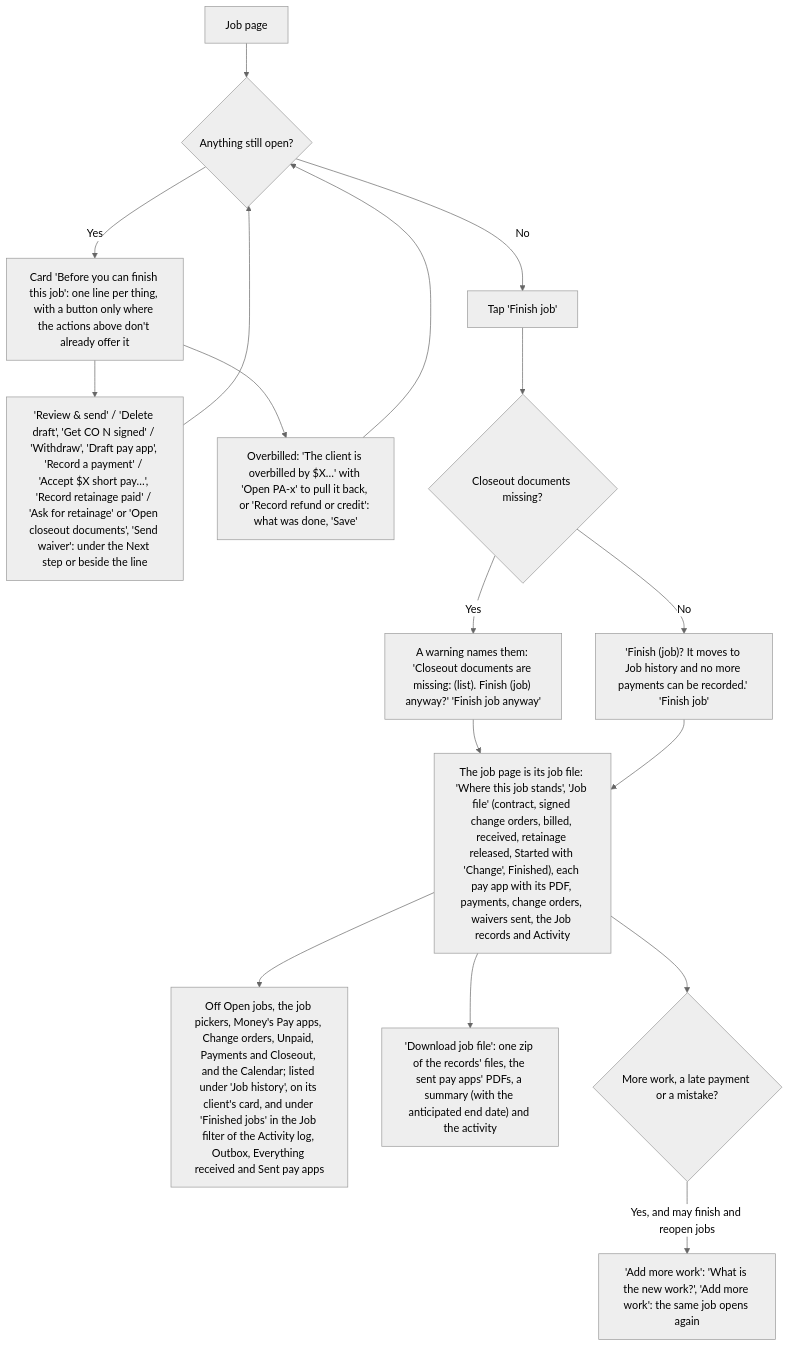
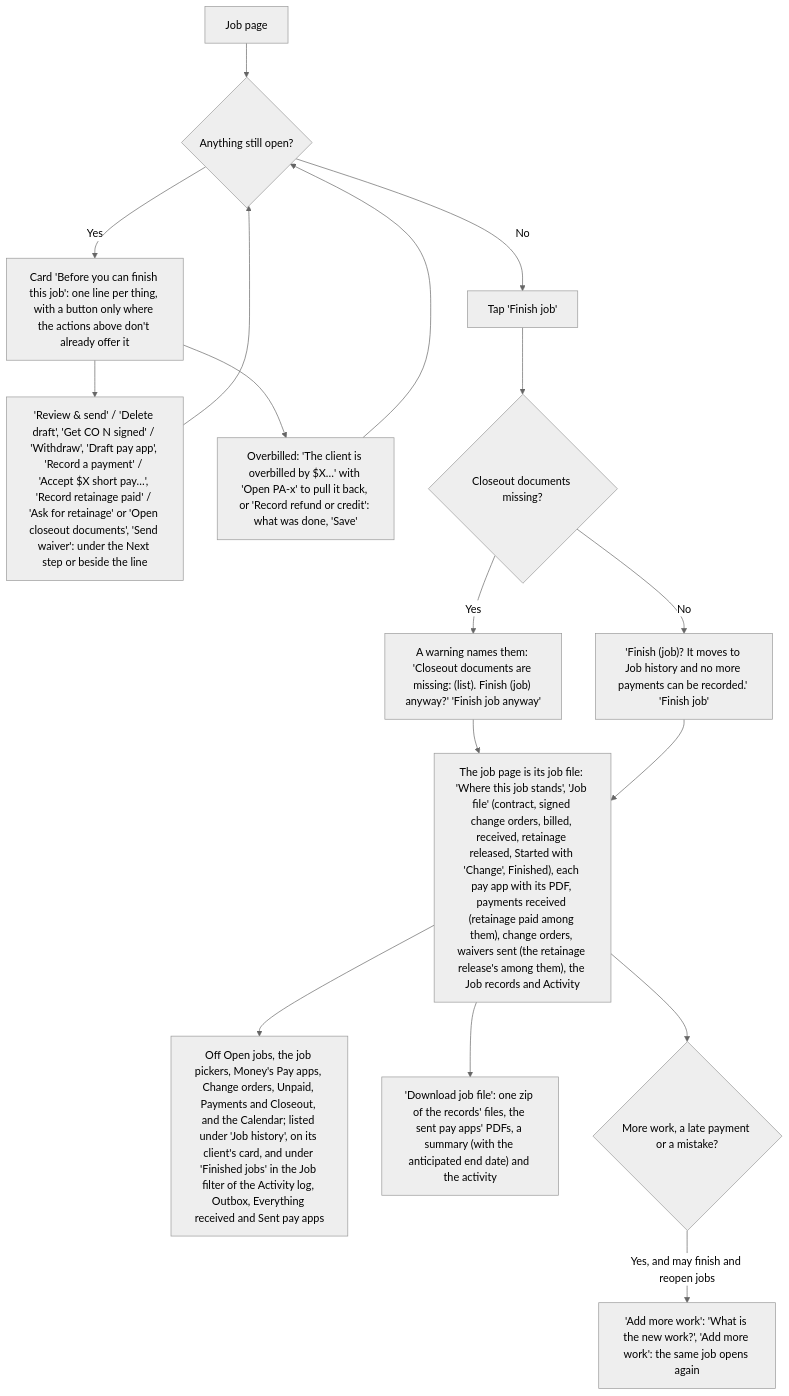
One commit to cartwrightstephen/billdable changed diagram 13 of 18 in docs/client-flows.md. Above: the diagram before and after it, drawn with Mermaid (neutral theme). The commit also changed other lines of this file and 1 other file, not shown here.

Commit message:
Docs for the Round 1 hunt and acceptance fixes: client-flows.md for each change, file:line references refreshed, helper answers for billing by dollars, the waiver tap, sending, the signed change order copy, retainage paid and New job record

````diff
--- a/docs/client-flows.md
+++ b/docs/client-flows.md
@@ -609,19 +613,19 @@
 ```mermaid
 flowchart TD
     A["Job page"] --> B{"Anything still open?"}
     B -->|"Yes"| C["Card 'Before you can finish this job': one line per thing, with a button only where the actions above don't already offer it"]
     C --> D["'Review & send' / 'Delete draft', 'Get CO N signed' / 'Withdraw', 'Draft pay app', 'Record a payment' / 'Accept $X short pay…', 'Record retainage paid' / 'Ask for retainage' or 'Open closeout documents', 'Send waiver': under the Next step or beside the line"]
     C --> OB["Overbilled: 'The client is overbilled by $X…' with 'Open PA-x' to pull it back, or 'Record refund or credit': what was done, 'Save'"]
     OB --> B
     D --> B
     B -->|"No"| E["Tap 'Finish job'"]
     E --> E1{"Closeout documents missing?"}
     E1 -->|"Yes"| E2["A warning names them: 'Closeout documents are missing: (list). Finish (job) anyway?' 'Finish job anyway'"]
     E1 -->|"No"| E3["'Finish (job)? It moves to Job history and no more payments can be recorded.' 'Finish job'"]
     E2 --> F
-    E3 --> F["The job page is its job file: 'Where this job stands', 'Job file' (contract, signed change orders, billed, received, retainage released, Started with 'Change', Finished), each pay app with its PDF, payments, change orders, waivers sent, the Job records and Activity"]
+    E3 --> F["The job page is its job file: 'Where this job stands', 'Job file' (contract, signed change orders, billed, received, retainage released, Started with 'Change', Finished), each pay app with its PDF, payments received (retainage paid among them), change orders, waivers sent (the retainage release's among them), the Job records and Activity"]
     F --> G["Off Open jobs, the job pickers, Money's Pay apps, Change orders, Unpaid, Payments and Closeout, and the Calendar; listed under 'Job history', on its client's card, and under 'Finished jobs' in the Job filter of the Activity log, Outbox, Everything received and Sent pay apps"]
     F --> DL["'Download job file': one zip of the records' files, the sent pay apps' PDFs, a summary (with the anticipated end date) and the activity"]
     F --> H{"More work, a late payment or a mistake?"}
     H -->|"Yes, and may finish and reopen jobs"| I["'Add more work': 'What is the new work?', 'Add more work': the same job opens again"]
 ```
````
